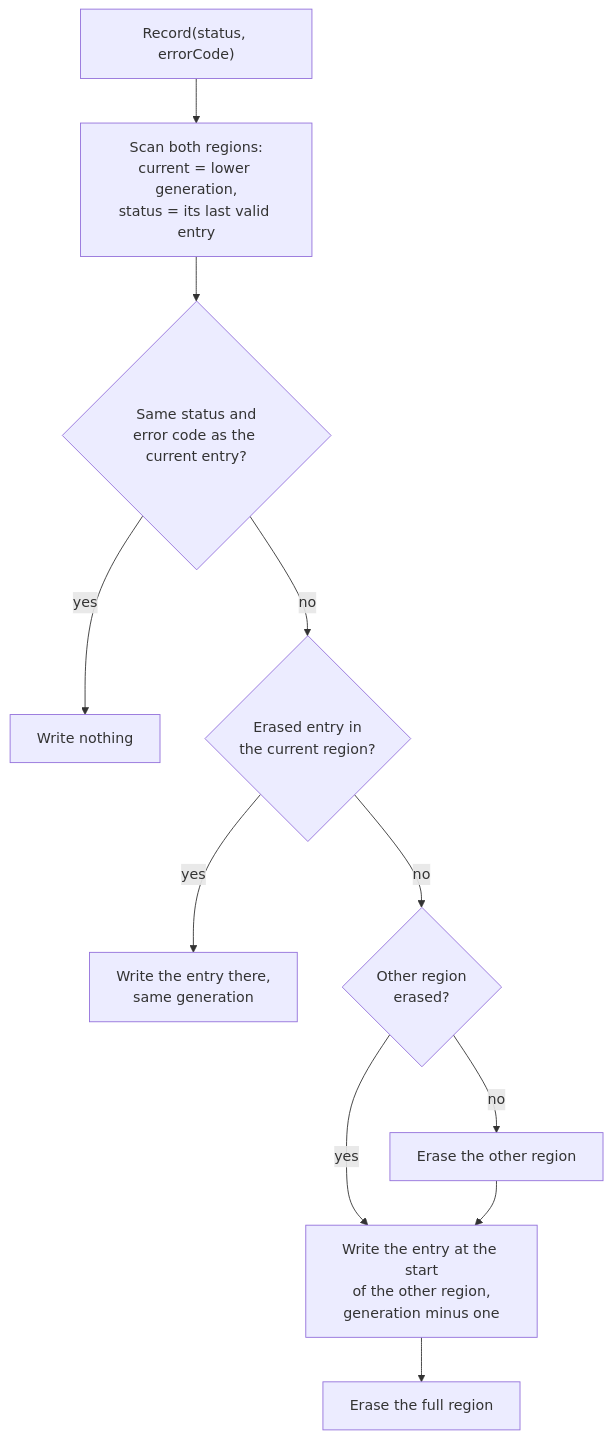
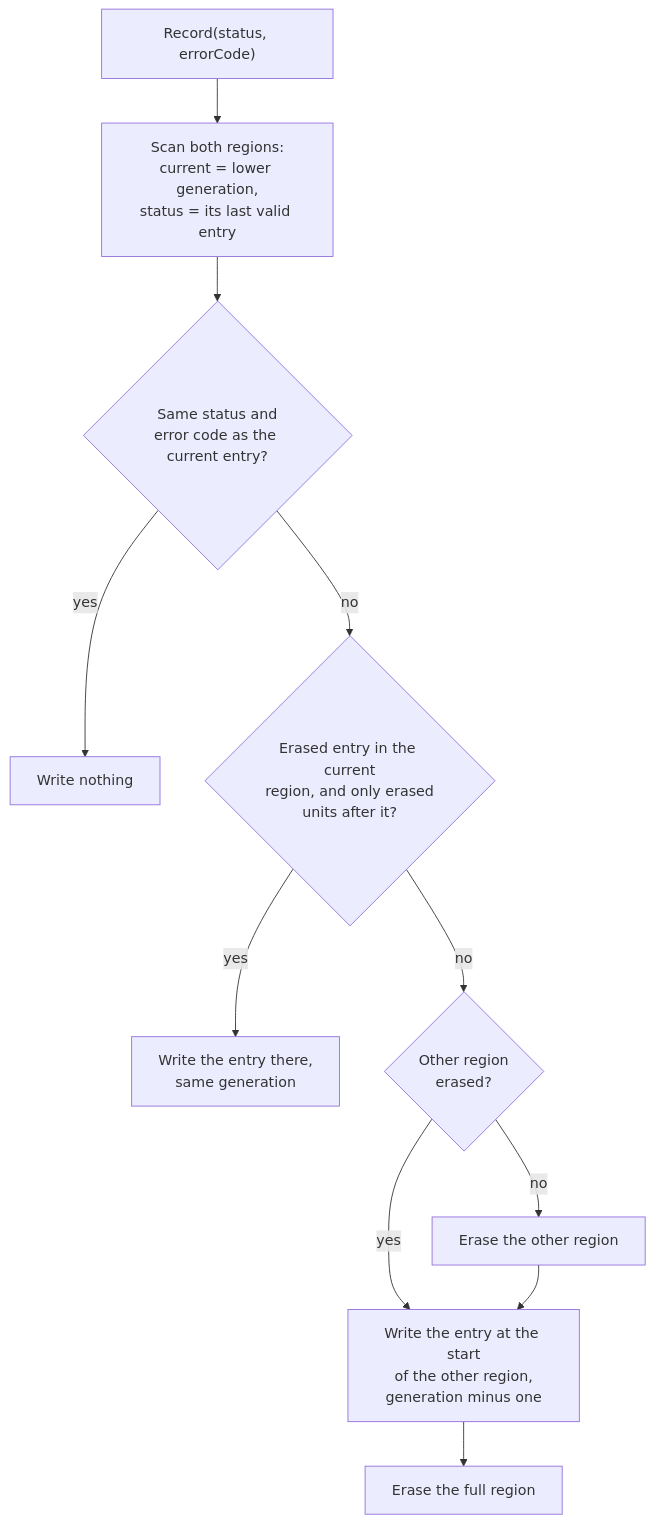
One commit to embedded-pro/embedded-infra-lib changed the second of 6 diagrams in docs/Bootloader.md. Above: the diagram before and after it, drawn with Mermaid. The commit also changed other lines of this file and 3 other files, not shown here.

````diff
--- a/docs/Bootloader.md
+++ b/docs/Bootloader.md
@@ -82,13 +83,13 @@
 ```mermaid
 flowchart TD
     Record["Record(status, errorCode)"] --> Scan["Scan both regions:<br/>current = lower generation,<br/>status = its last valid entry"]
     Scan --> Same{"Same status and<br/>error code as the current entry?"}
     Same -- yes --> Done["Write nothing"]
-    Same -- no --> Free{"Erased entry in<br/>the current region?"}
+    Same -- no --> Free{"Erased entry in the current<br/>region, and only erased<br/>units after it?"}
     Free -- yes --> Write["Write the entry there,<br/>same generation"]
     Free -- no --> Blank{"Other region<br/>erased?"}
     Blank -- no --> EraseOther["Erase the other region"]
     Blank -- yes --> Move["Write the entry at the start<br/>of the other region,<br/>generation minus one"]
     EraseOther --> Move
     Move --> EraseOld["Erase the full region"]
 ```
````
